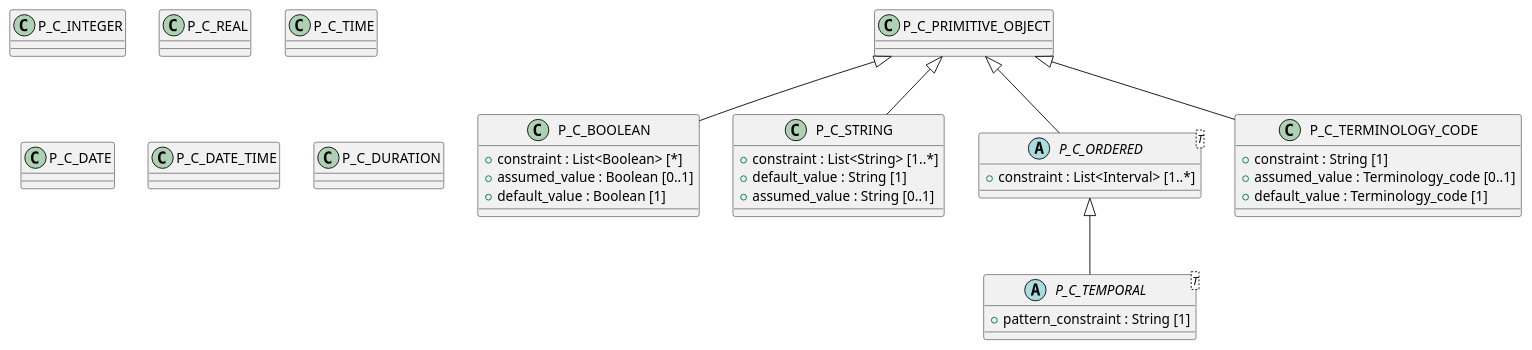
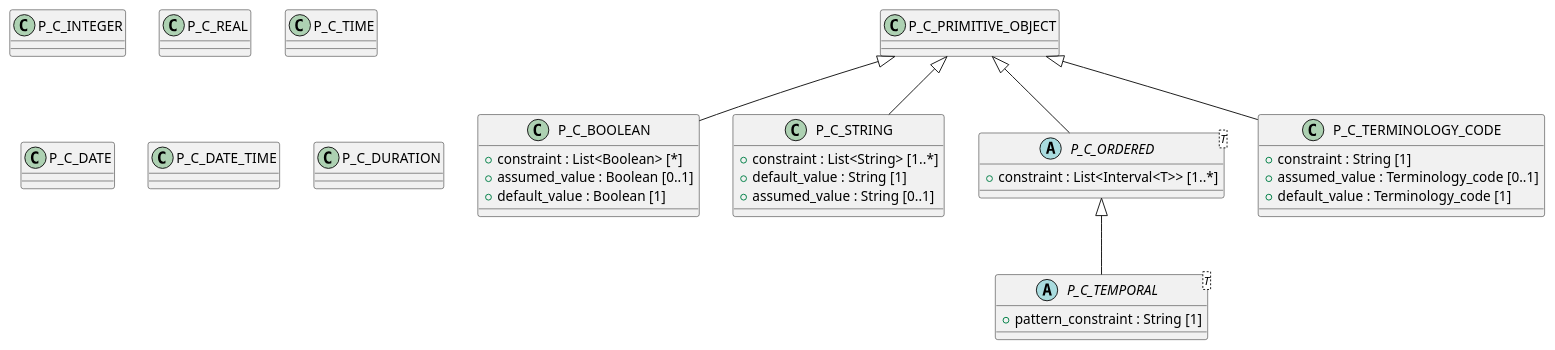
The diagram in code/Adoc/openehr_am_2.3.0/plantUML/packages/org.openehr.am.aom2.persistence.primitive.adoc (sebastian-iancu/code-generator), drawn with PlantUML before and after one commit. The commit also changed 91 other files, not shown here.

```diff
--- a/code/Adoc/openehr_am_2.3.0/plantUML/packages/org.openehr.am.aom2.persistence.primitive.adoc
+++ b/code/Adoc/openehr_am_2.3.0/plantUML/packages/org.openehr.am.aom2.persistence.primitive.adoc
@@ -1,56 +1,56 @@
 [plantuml,primitive,format=svg,svg-type="inline"]
 -----
 @startuml
 
 class P_C_BOOLEAN {
   + constraint : List<Boolean> [*]
   + assumed_value : Boolean [0..1]
   + default_value : Boolean [1]
 }
 
 class P_C_STRING {
   + constraint : List<String> [1..*]
   + default_value : String [1]
   + assumed_value : String [0..1]
 }
 
 class P_C_INTEGER {
 }
 
 class P_C_REAL {
 }
 
 abstract class P_C_ORDERED <T> {
-  + constraint : List<Interval> [1..*]
+  + constraint : List<Interval<T>> [1..*]
 }
 
 class P_C_TERMINOLOGY_CODE {
   + constraint : String [1]
   + assumed_value : Terminology_code [0..1]
   + default_value : Terminology_code [1]
 }
 
 abstract class P_C_TEMPORAL <T> {
   + pattern_constraint : String [1]
 }
 
 class P_C_TIME {
 }
 
 class P_C_DATE {
 }
 
 class P_C_DATE_TIME {
 }
 
 class P_C_DURATION {
 }
 
 P_C_PRIMITIVE_OBJECT <|-- P_C_BOOLEAN
 P_C_PRIMITIVE_OBJECT <|-- P_C_STRING
 P_C_PRIMITIVE_OBJECT <|-- P_C_ORDERED
 P_C_PRIMITIVE_OBJECT <|-- P_C_TERMINOLOGY_CODE
 P_C_ORDERED <|-- P_C_TEMPORAL
 
 @enduml
 -----
```
